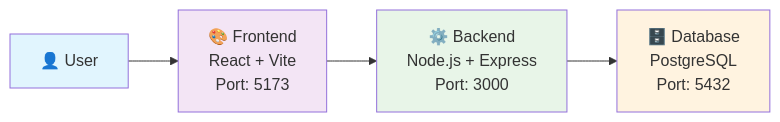
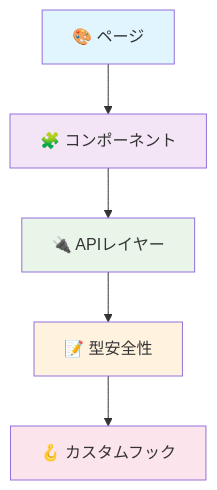
The second of 2 diagrams in README.md (zakkutsu/uma-notes), drawn with Mermaid before and after one commit. The commit also changed other lines of this file, not shown here.

````diff
--- a/README.md
+++ b/README.md
@@ -584,11 +1015,13 @@
 ```mermaid
-graph LR
-    A[👤 User] --> B[🎨 Frontend<br/>React + Vite<br/>Port: 5173]
-    B --> C[⚙️ Backend<br/>Node.js + Express<br/>Port: 3000]
-    C --> D[🗄️ Database<br/>PostgreSQL<br/>Port: 5432]
+graph TD
+    A[🎨 ページ] --> B[🧩 コンポーネント]
+    B --> C[🔌 APIレイヤー]
+    C --> D[📝 型安全性]
+    D --> E[🪝 カスタムフック]
     
     style A fill:#e1f5fe
     style B fill:#f3e5f5
     style C fill:#e8f5e8
     style D fill:#fff3e0
+    style E fill:#fce4ec
 ```
````
